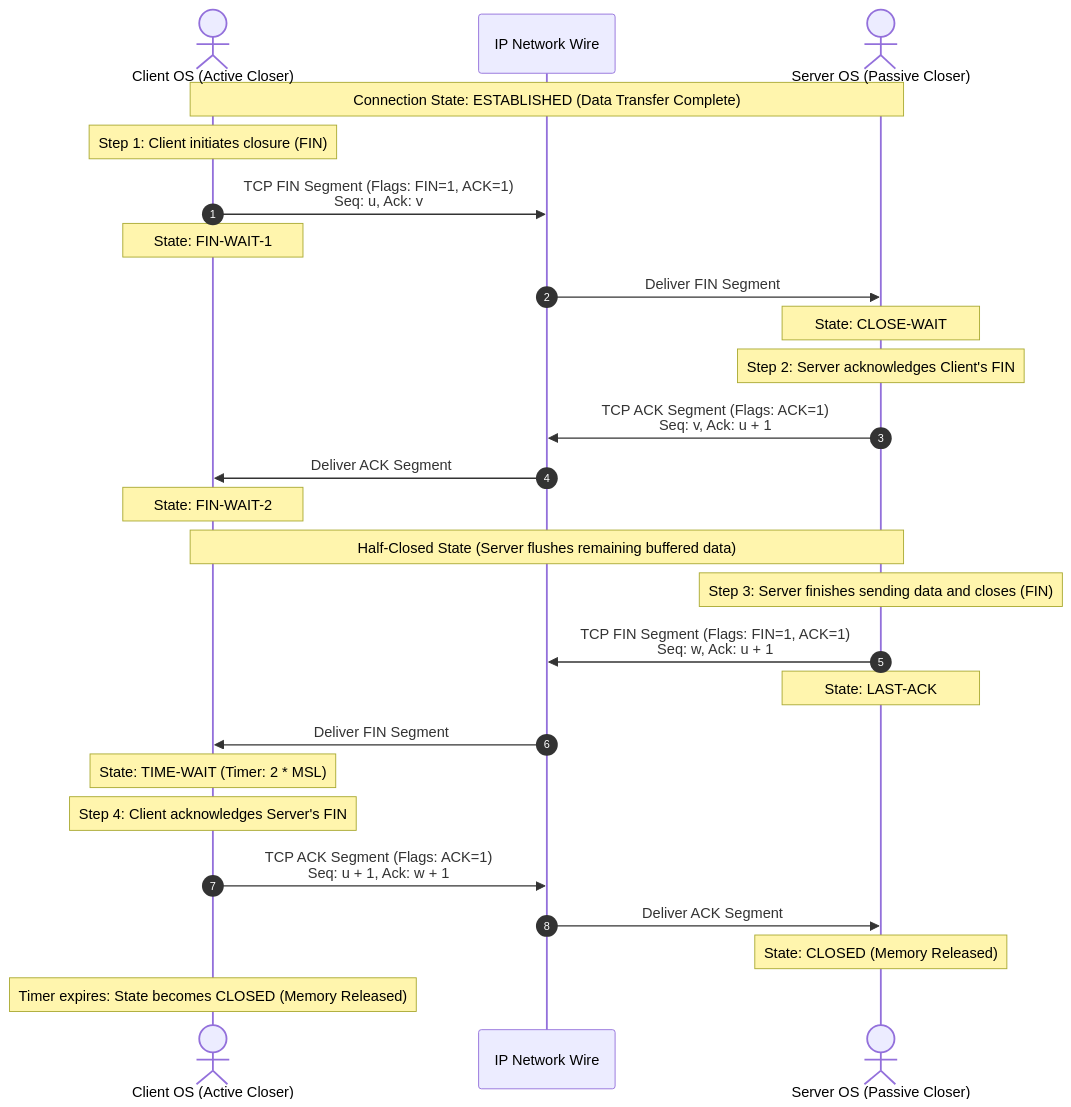
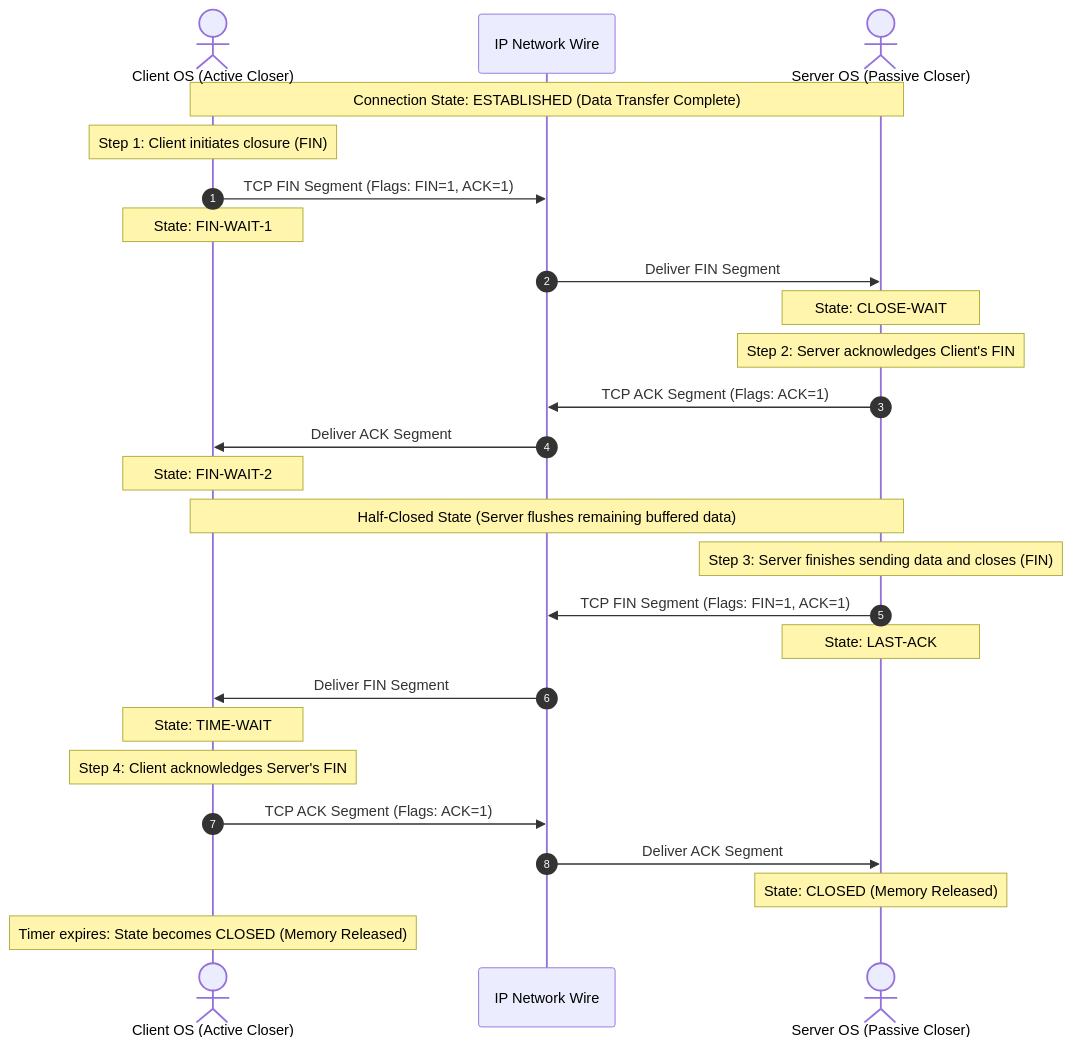
Before and after one commit to ayuslharora/blog-ayuslh: the second of 3 diagrams in content/posts/networking/ch17-tcp-connection-termination-four-way-handshake.mdx, drawn with Mermaid. The commit also changed other lines of this file, not shown here.

Commit message:
Simplify 4-way teardown diagram and text by removing sequence variables

````diff
--- a/content/posts/networking/ch17-tcp-connection-termination-four-way-handshake.mdx
+++ b/content/posts/networking/ch17-tcp-connection-termination-four-way-handshake.mdx
@@ -60,35 +60,35 @@
 ```mermaid
 sequenceDiagram
     autonumber
     actor Client as Client OS (Active Closer)
     participant Wire as IP Network Wire
     actor Server as Server OS (Passive Closer)
 
     Note over Client, Server: Connection State: ESTABLISHED (Data Transfer Complete)
 
     Note over Client: Step 1: Client initiates closure (FIN)
-    Client->>Wire: TCP FIN Segment (Flags: FIN=1, ACK=1)<br/>Seq: u, Ack: v
+    Client->>Wire: TCP FIN Segment (Flags: FIN=1, ACK=1)
     Note over Client: State: FIN-WAIT-1
     Wire->>Server: Deliver FIN Segment
 
     Note over Server: State: CLOSE-WAIT
     Note over Server: Step 2: Server acknowledges Client's FIN
-    Server->>Wire: TCP ACK Segment (Flags: ACK=1)<br/>Seq: v, Ack: u + 1
+    Server->>Wire: TCP ACK Segment (Flags: ACK=1)
     Wire->>Client: Deliver ACK Segment
 
     Note over Client: State: FIN-WAIT-2
     Note over Client, Server: Half-Closed State (Server flushes remaining buffered data)
 
     Note over Server: Step 3: Server finishes sending data and closes (FIN)
-    Server->>Wire: TCP FIN Segment (Flags: FIN=1, ACK=1)<br/>Seq: w, Ack: u + 1
+    Server->>Wire: TCP FIN Segment (Flags: FIN=1, ACK=1)
     Note over Server: State: LAST-ACK
     Wire->>Client: Deliver FIN Segment
 
-    Note over Client: State: TIME-WAIT (Timer: 2 * MSL)
+    Note over Client: State: TIME-WAIT
     Note over Client: Step 4: Client acknowledges Server's FIN
-    Client->>Wire: TCP ACK Segment (Flags: ACK=1)<br/>Seq: u + 1, Ack: w + 1
+    Client->>Wire: TCP ACK Segment (Flags: ACK=1)
     Wire->>Server: Deliver ACK Segment
 
     Note over Server: State: CLOSED (Memory Released)
     Note over Client: Timer expires: State becomes CLOSED (Memory Released)
 ```
````
